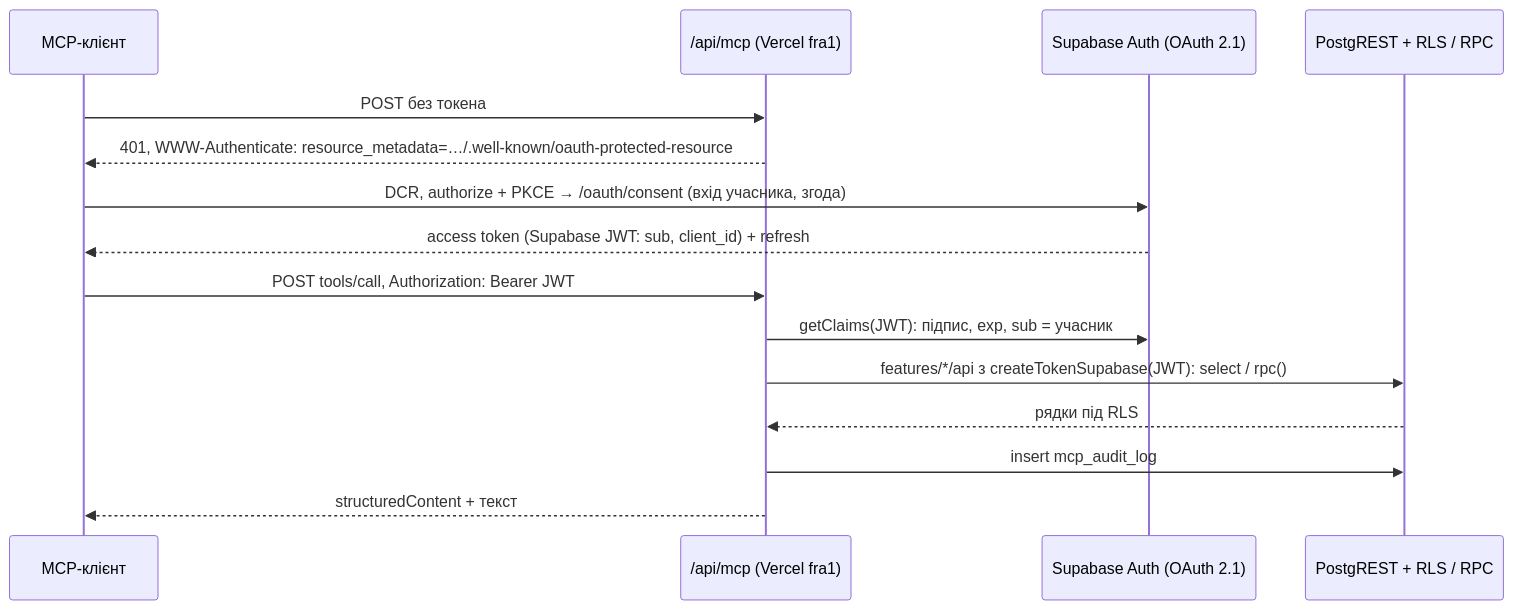
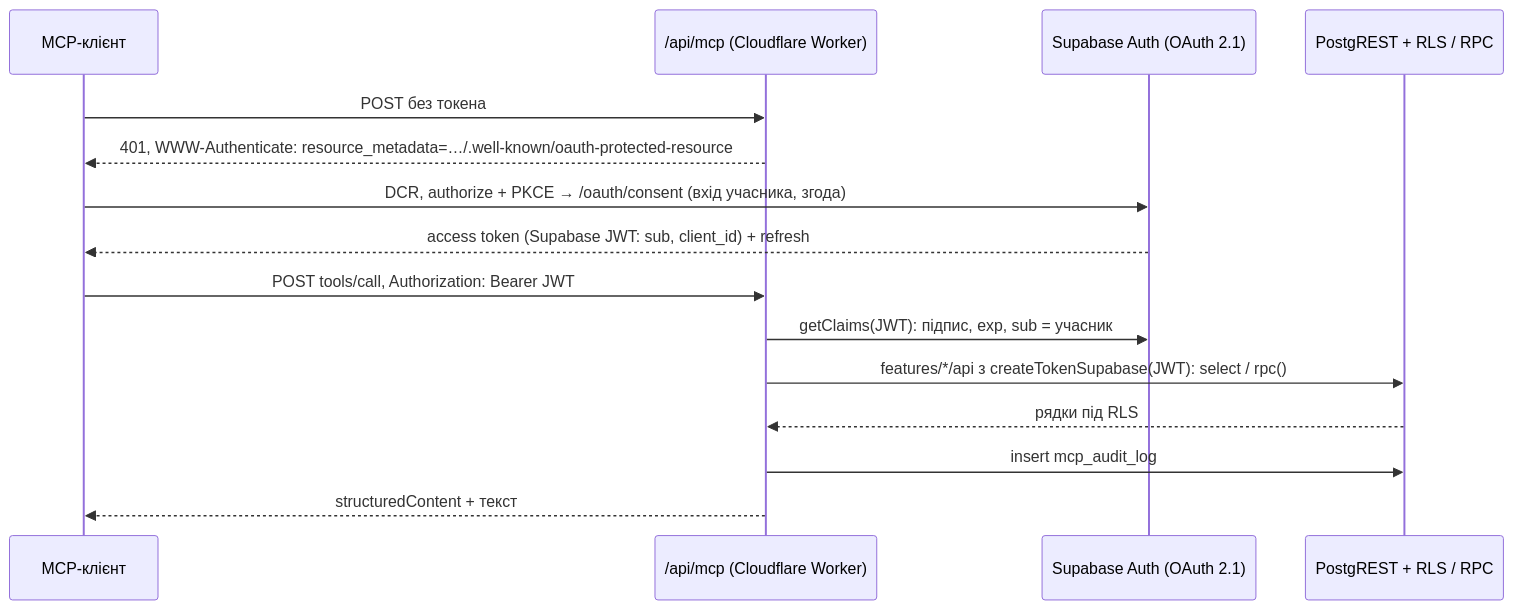
One commit to maximwas/saldo changed the ninth of 9 diagrams in docs/architecture.md. Above: the diagram before and after it, drawn with Mermaid. The commit also changed other lines of this file and 26 other files, not shown here.

````diff
--- a/docs/architecture.md
+++ b/docs/architecture.md
@@ -1144,17 +1170,17 @@
 ```mermaid
 sequenceDiagram
   participant C as MCP-клієнт
-  participant M as /api/mcp (Vercel fra1)
+  participant M as /api/mcp (Cloudflare Worker)
   participant A as Supabase Auth (OAuth 2.1)
   participant D as PostgREST + RLS / RPC
   C->>M: POST без токена
   M-->>C: 401, WWW-Authenticate: resource_metadata=…/.well-known/oauth-protected-resource
   C->>A: DCR, authorize + PKCE → /oauth/consent (вхід учасника, згода)
   A-->>C: access token (Supabase JWT: sub, client_id) + refresh
   C->>M: POST tools/call, Authorization: Bearer JWT
   M->>A: getClaims(JWT): підпис, exp, sub = учасник
   M->>D: features/*/api з createTokenSupabase(JWT): select / rpc()
   D-->>M: рядки під RLS
   M->>D: insert mcp_audit_log
   M-->>C: structuredContent + текст
 ```
````
